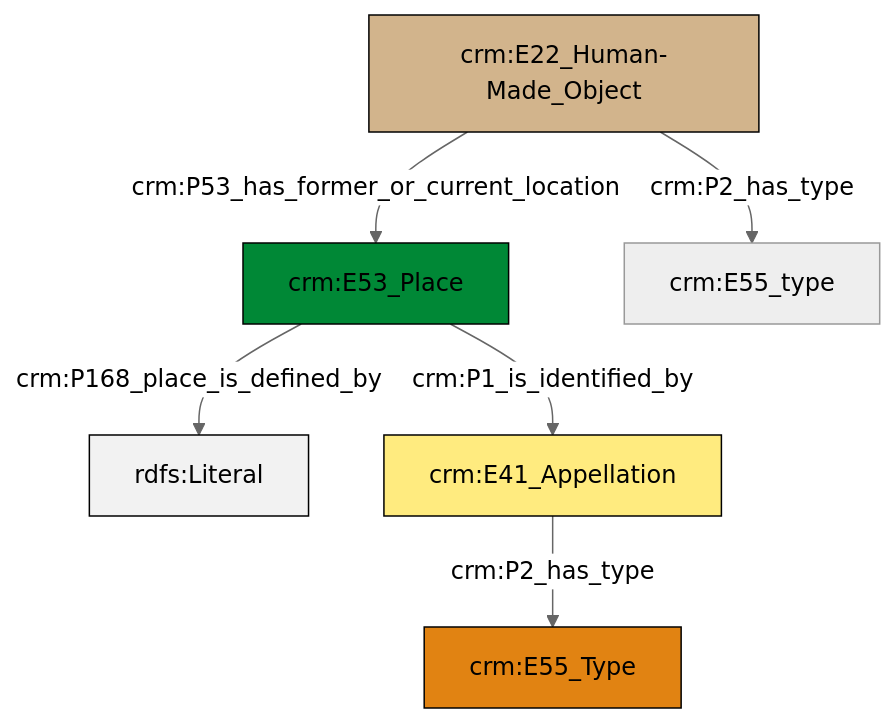
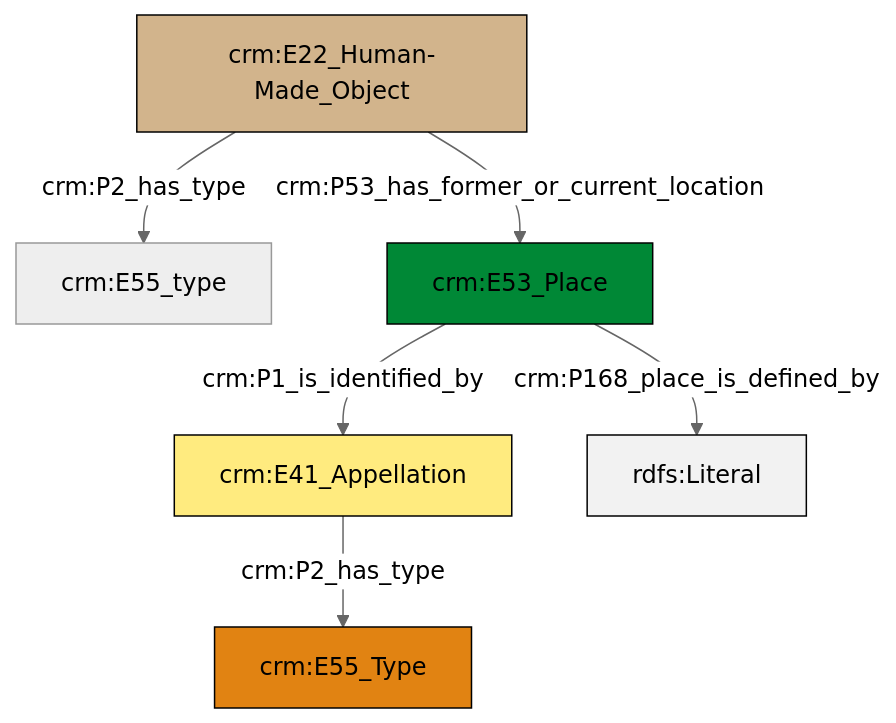
The diagram in et/builtWorkCSV/ttl/mmd/Built_Work_location.ttl.mmd (swiss-art-research-net/docs.swissartresearch), drawn with Mermaid (neutral theme) before and after one commit. The commit also changed 177 other files, not shown here.

```diff
--- a/et/builtWorkCSV/ttl/mmd/Built_Work_location.ttl.mmd
+++ b/et/builtWorkCSV/ttl/mmd/Built_Work_location.ttl.mmd
@@ -1,20 +1,20 @@
 graph TD
 classDef Literal fill:#f2f2f2,stroke:#000000;
 classDef CRM_Entity fill:#FFFFFF,stroke:#000000;
 classDef Temporal_Entity fill:#00C9E6, stroke:#000000;
 classDef Type fill:#E18312, stroke:#000000;
 classDef Time-Span fill:#2C9C91, stroke:#000000;
 classDef Appellation fill:#FFEB7F, stroke:#000000;
 classDef Place fill:#008836, stroke:#000000;
 classDef Persistent_Item fill:#B266B2, stroke:#000000;
 classDef Conceptual_Object fill:#FFD700, stroke:#000000;
 classDef Physical_Thing fill:#D2B48C, stroke:#000000;
 classDef Actor fill:#f58aad, stroke:#000000;
 classDef PC_Classes fill:#4ce600, stroke:#000000;
 classDef Multi fill:#cccccc,stroke:#000000;
 
-0["crm:E53_Place"]:::Place -->|crm:P168_place_is_defined_by| 1[rdfs:Literal]:::Literal
-8["crm:E41_Appellation"]:::Appellation -->|crm:P2_has_type| 2["crm:E55_Type"]:::Type
-0["crm:E53_Place"]:::Place -->|crm:P1_is_identified_by| 8["crm:E41_Appellation"]:::Appellation
-4["crm:E22_Human-Made_Object"]:::Physical_Thing -->|crm:P2_has_type| 10["crm:E55_type"]:::Default
-4["crm:E22_Human-Made_Object"]:::Physical_Thing -->|crm:P53_has_former_or_current_location| 0["crm:E53_Place"]:::Place
+0["crm:E22_Human-Made_Object"]:::Physical_Thing -->|crm:P2_has_type| 1["crm:E55_type"]:::Default
+4["crm:E41_Appellation"]:::Appellation -->|crm:P2_has_type| 6["crm:E55_Type"]:::Type
+2["crm:E53_Place"]:::Place -->|crm:P1_is_identified_by| 4["crm:E41_Appellation"]:::Appellation
+2["crm:E53_Place"]:::Place -->|crm:P168_place_is_defined_by| 10[rdfs:Literal]:::Literal
+0["crm:E22_Human-Made_Object"]:::Physical_Thing -->|crm:P53_has_former_or_current_location| 2["crm:E53_Place"]:::Place
```
